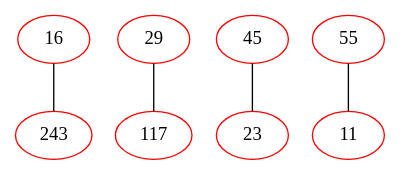
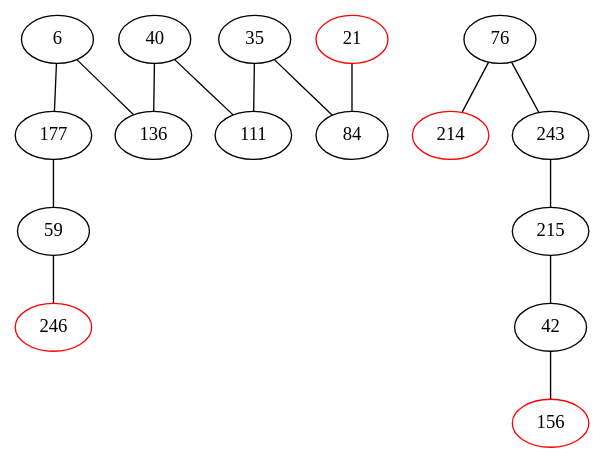
The diagram in external/dbg2olc/StrongCleanedBestOverlapGraph.dot (AuCson/Genome-Assembly-Implementation), drawn with Graphviz before and after one commit. The commit also changed 262 other files, not shown here.

```diff
--- a/external/dbg2olc/StrongCleanedBestOverlapGraph.dot
+++ b/external/dbg2olc/StrongCleanedBestOverlapGraph.dot
@@ -1,18 +1,46 @@
 strict graph G {
-16 -- 243;
-29 -- 117;
-45 -- 23;
-55 -- 11;
-11 -- 55;
-23 -- 45;
-117 -- 29;
-243 -- 16;
-11[color=red];
-16[color=red];
-23[color=red];
-29[color=red];
-45[color=red];
-55[color=red];
-117[color=red];
-243[color=red];
+6 -- 136;
+21 -- 84;
+35 -- 111;
+40 -- 111;
+42 -- 156;
+59 -- 246;
+76 -- 214;
+84 -- 21;
+111 -- 35;
+136 -- 6;
+177 -- 59;
+215 -- 42;
+243 -- 215;
+246 -- 59;
+6 -- 177;
+35 -- 84;
+40 -- 136;
+42 -- 215;
+59 -- 177;
+76 -- 243;
+84 -- 35;
+111 -- 40;
+136 -- 40;
+156 -- 42;
+177 -- 6;
+214 -- 76;
+215 -- 243;
+243 -- 76;
+6
+21[color=red];
+35
+40
+42
+59
+76
+84
+111
+136
+156[color=red];
+177
+214[color=red];
+215
+243
+246[color=red];
 }
```
